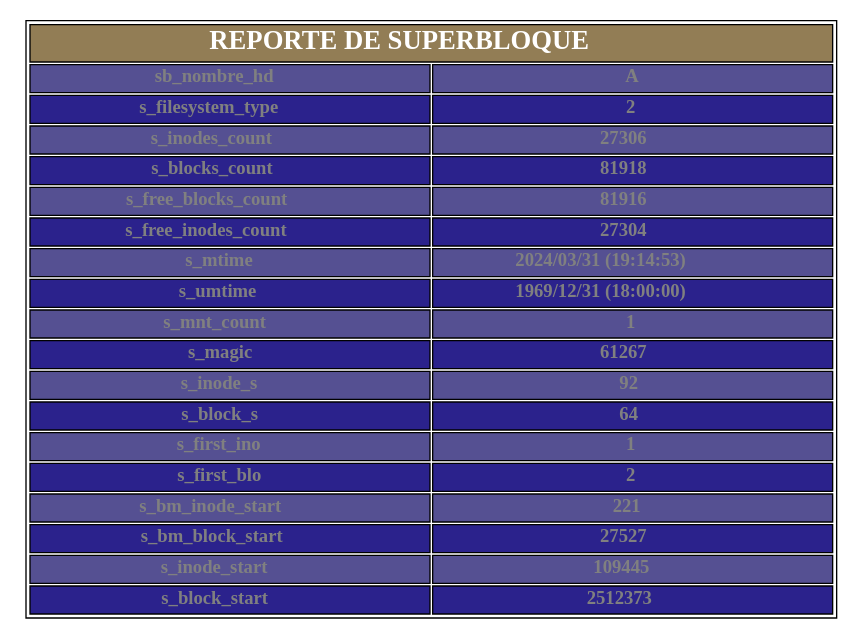
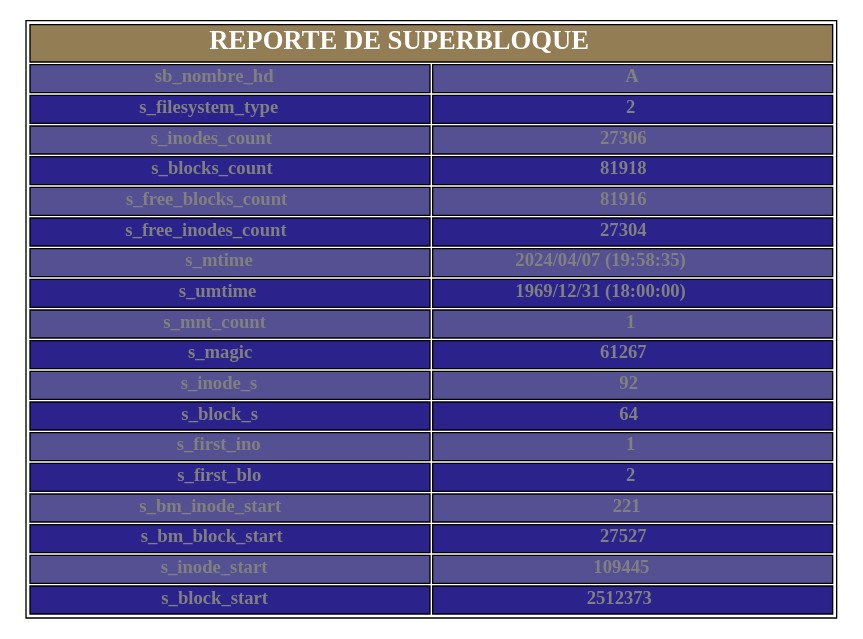
One commit to Iskandar1412/MIA_P2_201906051_S12024 changed the diagram in Backend/MIA/P1/Reports/reporte1_sb.dot. Above: the diagram before and after it, drawn with Graphviz. The commit also changed 85 other files, not shown here.

```diff
--- a/Backend/MIA/P1/Reports/reporte1_sb.dot
+++ b/Backend/MIA/P1/Reports/reporte1_sb.dot
@@ -1,82 +1,82 @@
 digraph G {
 	node[shape=none];
 	start[label=<
 		<table>
 			<tr>
 				<td colspan="2" bgcolor="#927d55"><font point-size="20" color="white"><b>REPORTE DE SUPERBLOQUE</b></font></td>
 			</tr>
 			<tr>
 				<td bgcolor="#555092" width="300"><font color="gray"><b>sb_nombre_hd</b></font></td>
 				<td bgcolor="#555092" width="300"><font color="gray"><b>A</b></font></td>
 			</tr>
 			<tr>
 				<td bgcolor="#2B228C" width="300"><font color="gray"><b>s_filesystem_type</b></font></td>
 				<td bgcolor="#2B228C" width="300"><font color="gray"><b>2</b></font></td>
 			</tr>
 			<tr>
 				<td bgcolor="#555092" width="300"><font color="gray"><b>s_inodes_count</b></font></td>
 				<td bgcolor="#555092" width="300"><font color="gray"><b>27306</b></font></td>
 			</tr>
 			<tr>
 				<td bgcolor="#2B228C" width="300"><font color="gray"><b>s_blocks_count</b></font></td>
 				<td bgcolor="#2B228C" width="300"><font color="gray"><b>81918</b></font></td>
 			</tr>
 			<tr>
 				<td bgcolor="#555092" width="300"><font color="gray"><b>s_free_blocks_count</b></font></td>
 				<td bgcolor="#555092" width="300"><font color="gray"><b>81916</b></font></td>
 			</tr>
 			<tr>
 				<td bgcolor="#2B228C" width="300"><font color="gray"><b>s_free_inodes_count</b></font></td>
 				<td bgcolor="#2B228C" width="300"><font color="gray"><b>27304</b></font></td>
 			</tr>
 			<tr>
 				<td bgcolor="#555092" width="300"><font color="gray"><b>s_mtime</b></font></td>
-				<td bgcolor="#555092" width="300"><font color="gray"><b>2024/03/31 (19:14:53)</b></font></td>
+				<td bgcolor="#555092" width="300"><font color="gray"><b>2024/04/07 (19:58:35)</b></font></td>
 			</tr>
 			<tr>
 				<td bgcolor="#2B228C" width="300"><font color="gray"><b>s_umtime</b></font></td>
 				<td bgcolor="#2B228C" width="300"><font color="gray"><b>1969/12/31 (18:00:00)</b></font></td>
 			</tr>
 			<tr>
 				<td bgcolor="#555092" width="300"><font color="gray"><b>s_mnt_count</b></font></td>
 				<td bgcolor="#555092" width="300"><font color="gray"><b>1</b></font></td>
 			</tr>
 			<tr>
 				<td bgcolor="#2B228C" width="300"><font color="gray"><b>s_magic</b></font></td>
 				<td bgcolor="#2B228C" width="300"><font color="gray"><b>61267</b></font></td>
 			</tr>
 			<tr>
 				<td bgcolor="#555092" width="300"><font color="gray"><b>s_inode_s</b></font></td>
 				<td bgcolor="#555092" width="300"><font color="gray"><b>92</b></font></td>
 			</tr>
 			<tr>
 				<td bgcolor="#2B228C" width="300"><font color="gray"><b>s_block_s</b></font></td>
 				<td bgcolor="#2B228C" width="300"><font color="gray"><b>64</b></font></td>
 			</tr>
 			<tr>
 				<td bgcolor="#555092" width="300"><font color="gray"><b>s_first_ino</b></font></td>
 				<td bgcolor="#555092" width="300"><font color="gray"><b>1</b></font></td>
 			</tr>
 			<tr>
 				<td bgcolor="#2B228C" width="300"><font color="gray"><b>s_first_blo</b></font></td>
 				<td bgcolor="#2B228C" width="300"><font color="gray"><b>2</b></font></td>
 			</tr>
 			<tr>
 				<td bgcolor="#555092" width="300"><font color="gray"><b>s_bm_inode_start</b></font></td>
 				<td bgcolor="#555092" width="300"><font color="gray"><b>221</b></font></td>
 			</tr>
 			<tr>
 				<td bgcolor="#2B228C" width="300"><font color="gray"><b>s_bm_block_start</b></font></td>
 				<td bgcolor="#2B228C" width="300"><font color="gray"><b>27527</b></font></td>
 			</tr>
 			<tr>
 				<td bgcolor="#555092" width="300"><font color="gray"><b>s_inode_start</b></font></td>
 				<td bgcolor="#555092" width="300"><font color="gray"><b>109445</b></font></td>
 			</tr>
 			<tr>
 				<td bgcolor="#2B228C" width="300"><font color="gray"><b>s_block_start</b></font></td>
 				<td bgcolor="#2B228C" width="300"><font color="gray"><b>2512373</b></font></td>
 			</tr>
 		</table>
 	>];
 }
```
